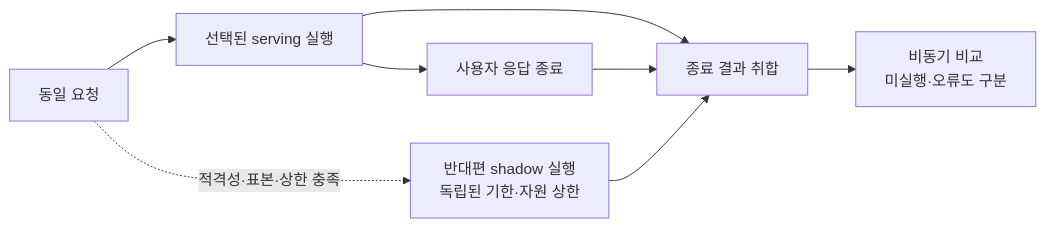
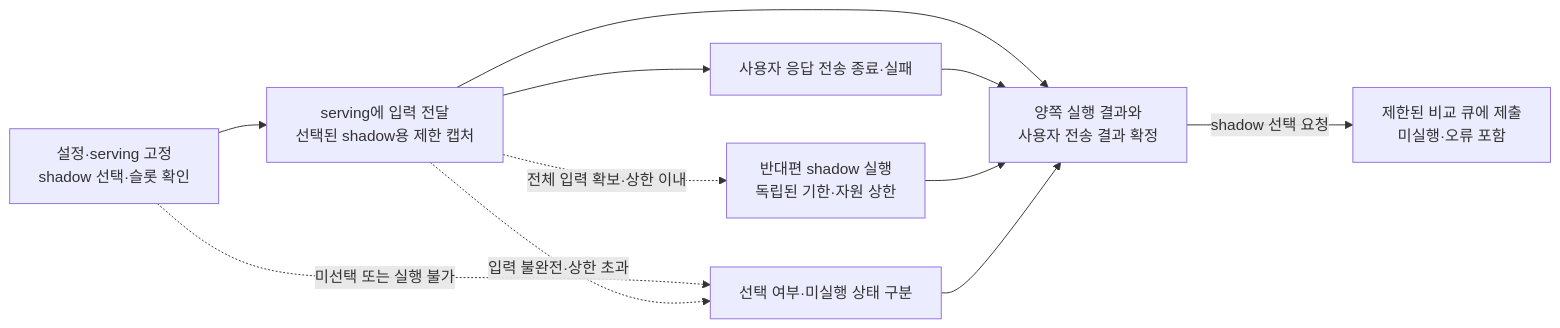
The diagram in docs/shadow/README.md (kimchanhyung98/api-migration-proxy), drawn with Mermaid before and after one commit. The commit also changed other lines of this file and 11 other files, not shown here.

````diff
--- a/docs/shadow/README.md
+++ b/docs/shadow/README.md
@@ -7,10 +15,13 @@
 ```mermaid
 flowchart LR
-    A["동일 요청"] --> B["선택된 serving 실행"]
-    B --> C["사용자 응답 종료"]
-    A -. "적격성·표본·상한 충족" .-> D["반대편 shadow 실행<br/>독립된 기한·자원 상한"]
-    B --> E["종료 결과 취합"]
+    A["설정·serving 고정<br/>shadow 선택·슬롯 확인"] --> B["serving에 입력 전달<br/>선택된 shadow용 제한 캡처"]
+    B --> C["사용자 응답 전송 종료·실패"]
+    B -. "전체 입력 확보·상한 이내" .-> D["반대편 shadow 실행<br/>독립된 기한·자원 상한"]
+    A -. "미선택 또는 실행 불가" .-> G["선택 여부·미실행 상태 구분"]
+    B -. "입력 불완전·상한 초과" .-> G
+    B --> E["양쪽 실행 결과와<br/>사용자 전송 결과 확정"]
     C --> E
     D --> E
-    E --> F["비동기 비교<br/>미실행·오류도 구분"]
+    G --> E
+    E -- "shadow 선택 요청" --> F["제한된 비교 큐에 제출<br/>미실행·오류 포함"]
 ```
````
